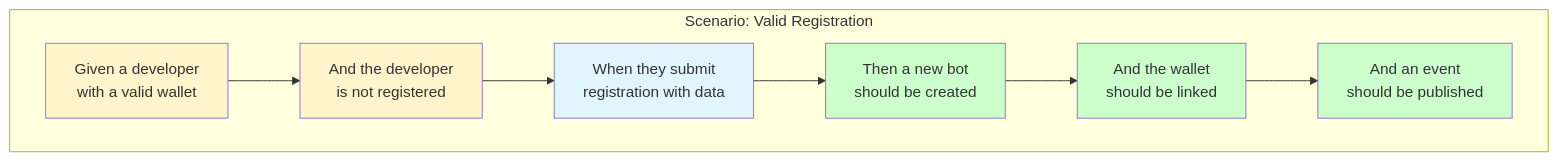
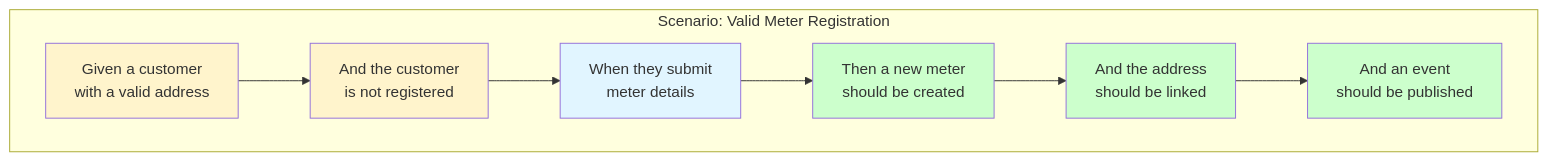
The third of 5 diagrams in docs/bdd/02-gherkin-syntax.md (esimplicityinc/water-demo), drawn with Mermaid before and after one commit. The commit also changed other lines of this file and 6 other files, not shown here.

````diff
--- a/docs/bdd/02-gherkin-syntax.md
+++ b/docs/bdd/02-gherkin-syntax.md
@@ -123,19 +123,19 @@
 ```mermaid
 flowchart TD
-    subgraph "Scenario: Valid Registration"
-        G1[Given a developer<br/>with a valid wallet] --> G2[And the developer<br/>is not registered]
+    subgraph "Scenario: Valid Meter Registration"
+        G1[Given a customer<br/>with a valid address] --> G2[And the customer<br/>is not registered]
         
-        G2 --> W1[When they submit<br/>registration with data]
+        G2 --> W1[When they submit<br/>meter details]
         
-        W1 --> T1[Then a new bot<br/>should be created]
-        T1 --> T2[And the wallet<br/>should be linked]
+        W1 --> T1[Then a new meter<br/>should be created]
+        T1 --> T2[And the address<br/>should be linked]
         T2 --> T3[And an event<br/>should be published]
     end
 
     style G1 fill:#fff4cc
     style G2 fill:#fff4cc
     style W1 fill:#e1f5ff
     style T1 fill:#ccffcc
     style T2 fill:#ccffcc
     style T3 fill:#ccffcc
 ```
````
